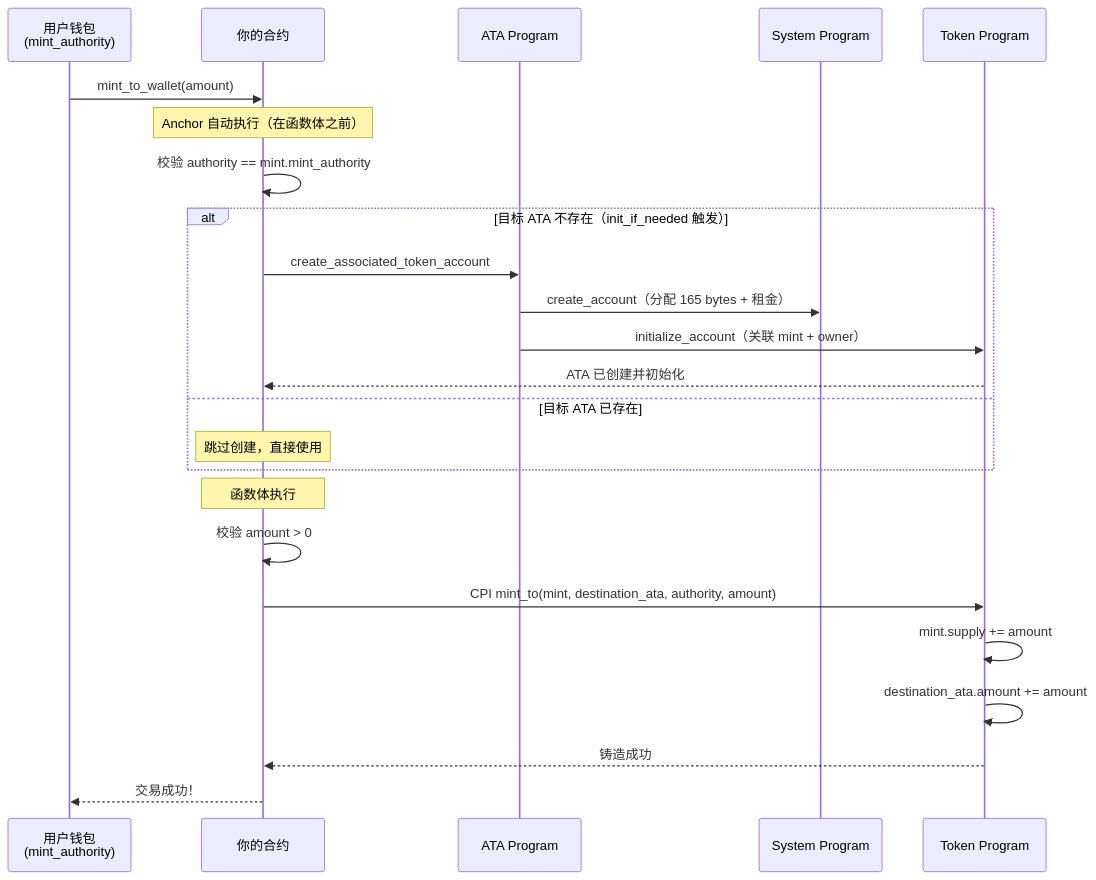
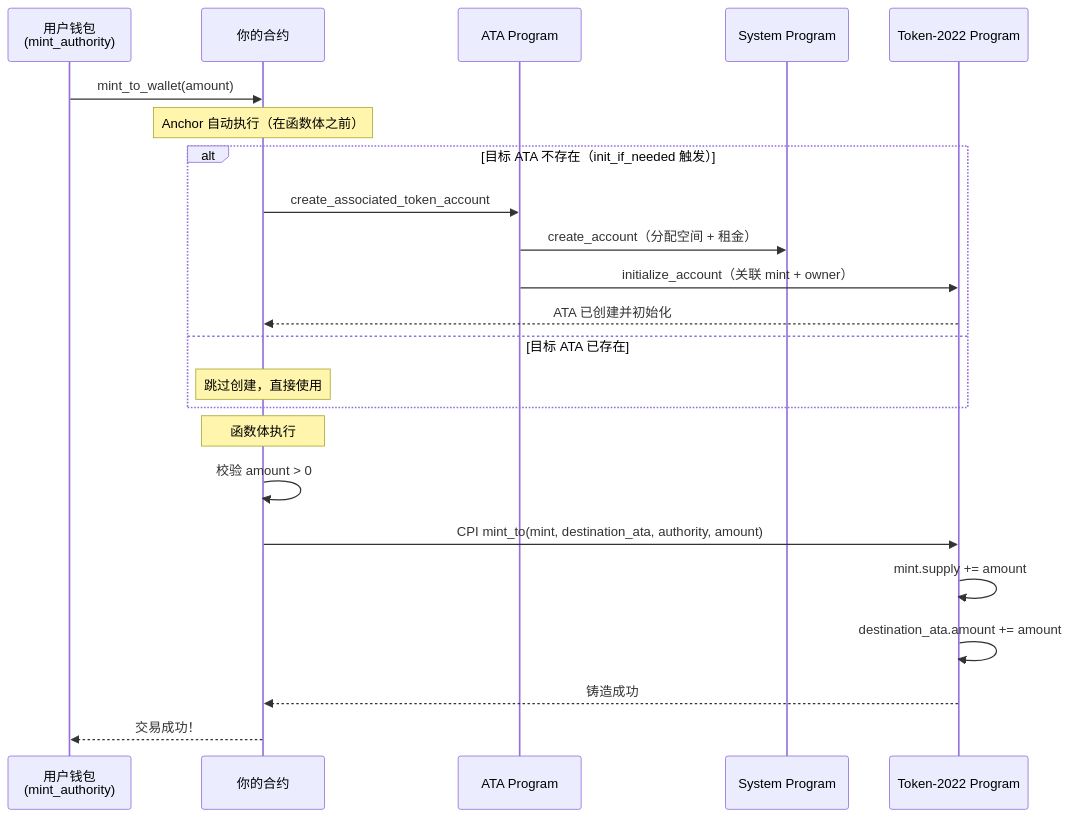
One commit to jiangsk1998/tangaga changed the fourth of 6 diagrams in Day22学习指南—发行自己的SPL代币.md. Above: the diagram before and after it, drawn with Mermaid. The commit also changed other lines of this file and 7 other files, not shown here.

````diff
--- a/Day22学习指南—发行自己的SPL代币.md
+++ b/Day22学习指南—发行自己的SPL代币.md
@@ -746,30 +802,29 @@
 ```mermaid
 sequenceDiagram
     participant User as 用户钱包<br/>(mint_authority)
     participant Contract as 你的合约
     participant ATA as ATA Program
     participant System as System Program
-    participant Token as Token Program
+    participant T22 as Token-2022 Program
 
     User ->> Contract: mint_to_wallet(amount)
 
     Note over Contract: Anchor 自动执行（在函数体之前）
-    Contract ->> Contract: 校验 authority == mint.mint_authority
     alt 目标 ATA 不存在（init_if_needed 触发）
         Contract ->> ATA: create_associated_token_account
-        ATA ->> System: create_account（分配 165 bytes + 租金）
-        ATA ->> Token: initialize_account（关联 mint + owner）
-        Token -->> Contract: ATA 已创建并初始化
+        ATA ->> System: create_account（分配空间 + 租金）
+        ATA ->> T22: initialize_account（关联 mint + owner）
+        T22 -->> Contract: ATA 已创建并初始化
     else 目标 ATA 已存在
         Note over Contract: 跳过创建，直接使用
     end
 
     Note over Contract: 函数体执行
     Contract ->> Contract: 校验 amount > 0
-    Contract ->> Token: CPI mint_to(mint, destination_ata, authority, amount)
-    Token ->> Token: mint.supply += amount
-    Token ->> Token: destination_ata.amount += amount
-    Token -->> Contract: 铸造成功
+    Contract ->> T22: CPI mint_to(mint, destination_ata, authority, amount)
+    T22 ->> T22: mint.supply += amount
+    T22 ->> T22: destination_ata.amount += amount
+    T22 -->> Contract: 铸造成功
 
     Contract -->> User: 交易成功！
 ```
````
